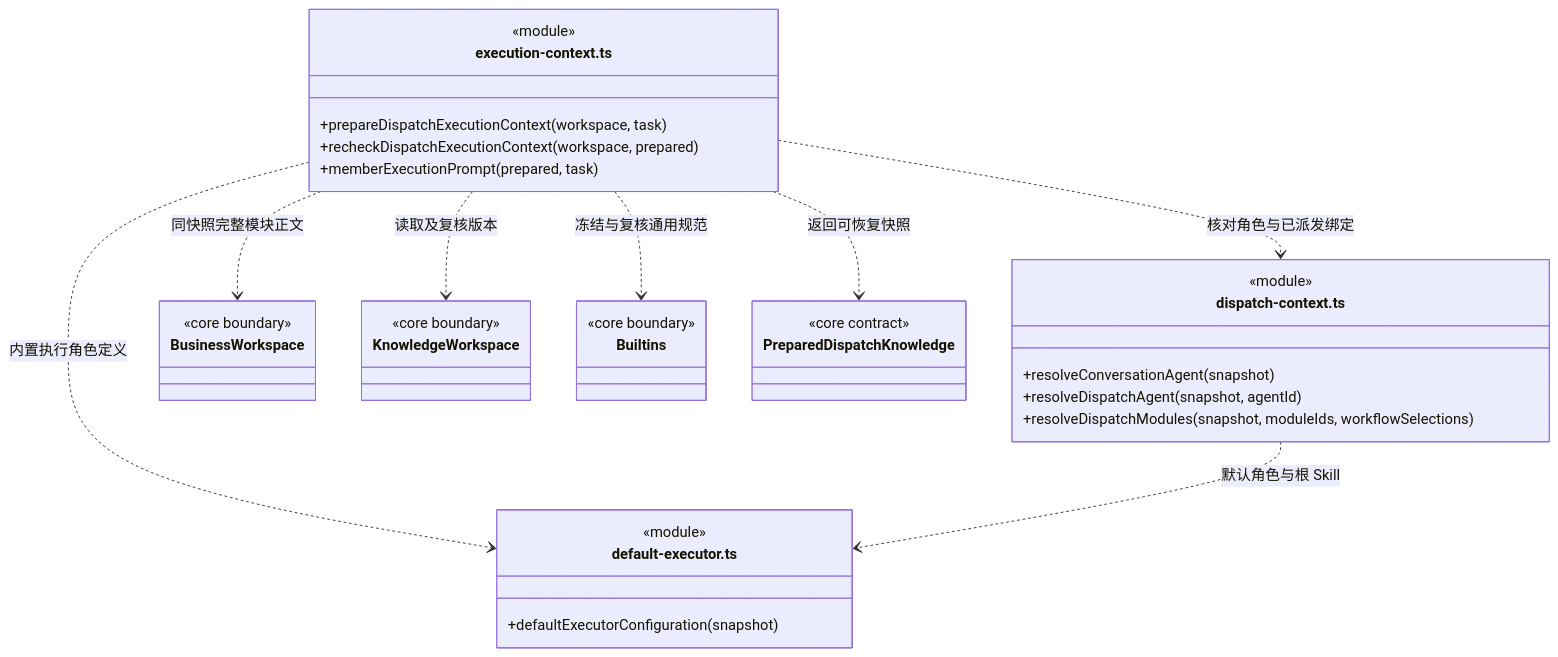
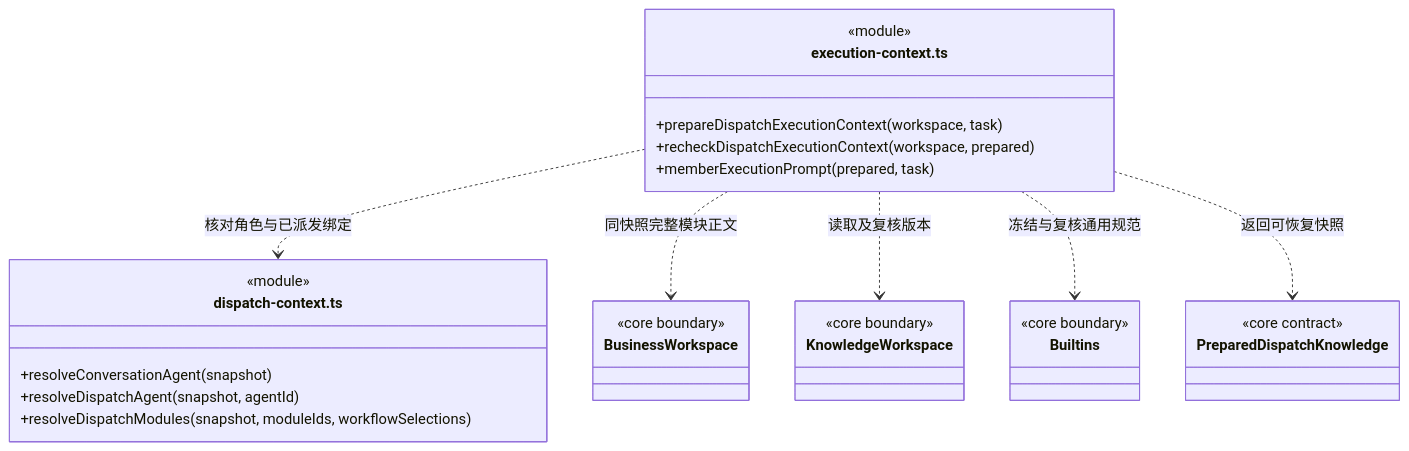
Before and after one commit to nan023062/cbim: the diagram in src/backend/scheduler-engine/context/CONTRACT.md, drawn with Mermaid. The commit also changed other lines of this file and 216 other files, not shown here.

````diff
--- a/src/backend/scheduler-engine/context/CONTRACT.md
+++ b/src/backend/scheduler-engine/context/CONTRACT.md
@@ -64,30 +64,24 @@
 ```mermaid
 classDiagram
 class ExecutionContext["execution-context.ts"] {
   <<module>>
   +prepareDispatchExecutionContext(workspace, task)
   +recheckDispatchExecutionContext(workspace, prepared)
   +memberExecutionPrompt(prepared, task)
 }
 class DispatchContext["dispatch-context.ts"] {
   <<module>>
   +resolveConversationAgent(snapshot)
   +resolveDispatchAgent(snapshot, agentId)
   +resolveDispatchModules(snapshot, moduleIds, workflowSelections)
 }
 class BusinessWorkspace { <<core boundary>> }
-class DefaultExecutor["default-executor.ts"] {
-  <<module>>
-  +defaultExecutorConfiguration(snapshot)
-}
 class KnowledgeWorkspace { <<core boundary>> }
 class Builtins { <<core boundary>> }
 class PreparedDispatchKnowledge { <<core contract>> }
 ExecutionContext ..> DispatchContext : 核对角色与已派发绑定
-ExecutionContext ..> DefaultExecutor : 内置执行角色定义
-DispatchContext ..> DefaultExecutor : 默认角色与根 Skill
 ExecutionContext ..> BusinessWorkspace : 同快照完整模块正文
 ExecutionContext ..> KnowledgeWorkspace : 读取及复核版本
 ExecutionContext ..> Builtins : 冻结与复核通用规范
 ExecutionContext ..> PreparedDispatchKnowledge : 返回可恢复快照
 ```
````
